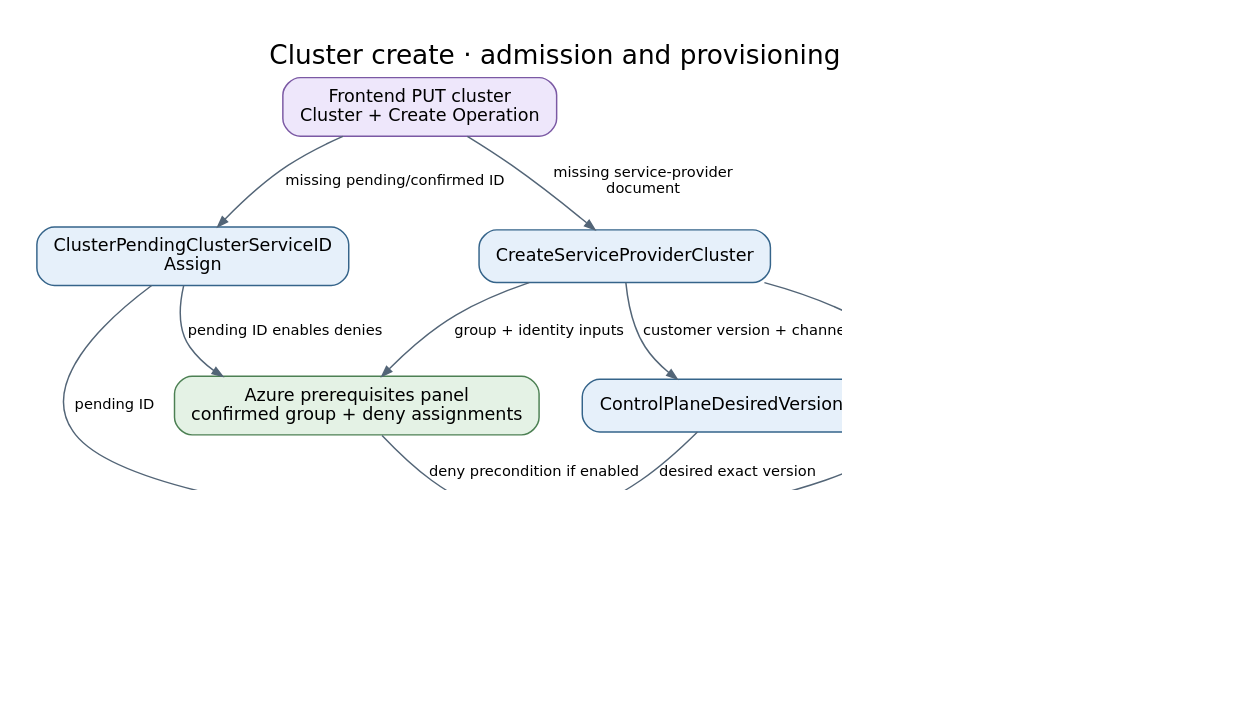
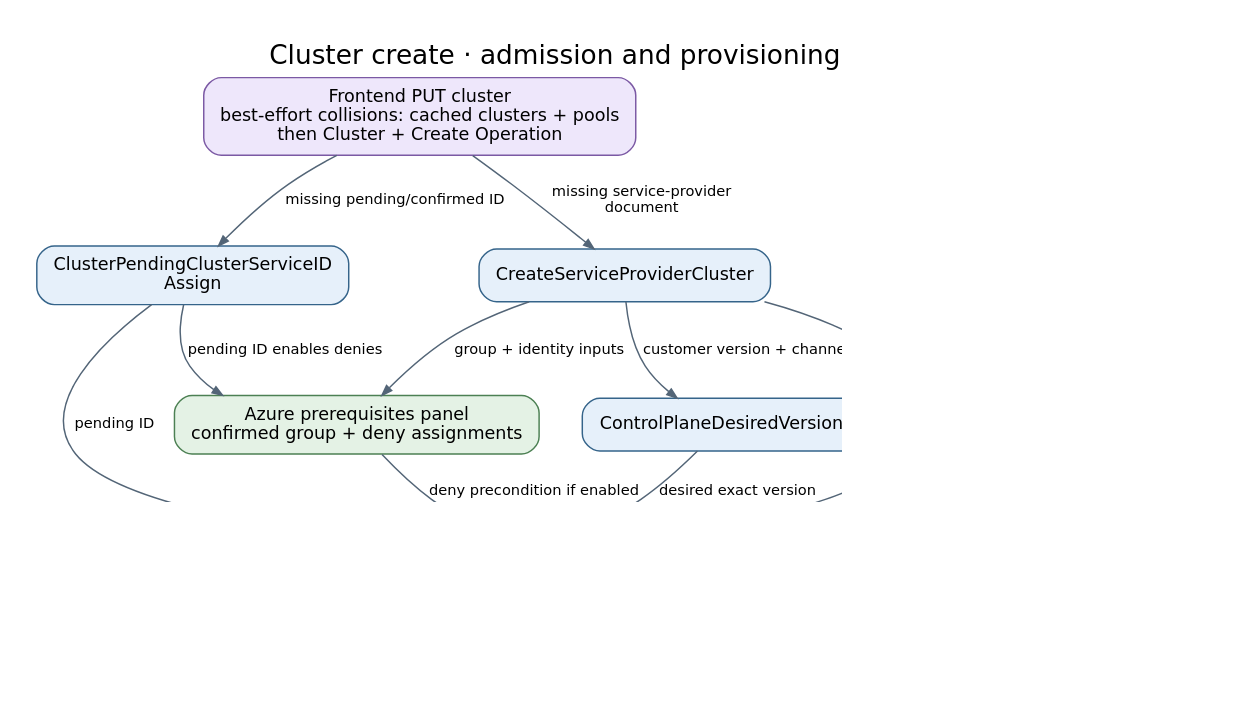
The diagram in docs/diagrams/controller-flows/cluster-create.dot (Azure/ARO-HCP), drawn with Graphviz before and after one commit. The commit also changed 41 other files, not shown here.

Commit message:
perf(frontend): cache cluster and node pool admission inventories

```diff
--- a/docs/diagrams/controller-flows/cluster-create.dot
+++ b/docs/diagrams/controller-flows/cluster-create.dot
@@ -1,28 +1,28 @@
 digraph cluster_create {
   graph [rankdir=TB, bgcolor="white", pad="0.3", nodesep="0.4", ranksep="0.55", fontname="DejaVu Sans", fontsize=18, labelloc=t, label="Cluster create · admission and provisioning prerequisites", dpi=110];
   node [shape=box, style="rounded,filled", fillcolor="#e6f0fa", color="#35648a", fontname="DejaVu Sans", fontsize=12, margin="0.16,0.10"];
   edge [color="#536577", fontname="DejaVu Sans", fontsize=10, arrowsize=0.7];
-  put [label="Frontend PUT cluster\nCluster + Create Operation", fillcolor="#eee7fb", color="#7b59a4"];
+  put [label="Frontend PUT cluster\nbest-effort collisions: cached clusters + pools\nthen Cluster + Create Operation", fillcolor="#eee7fb", color="#7b59a4"];
   sp [label="CreateServiceProviderCluster", fillcolor="#e6f0fa", color="#35648a"];
   id [label="ClusterPendingClusterServiceID\nAssign", fillcolor="#e6f0fa", color="#35648a"];
   ver [label="ControlPlaneDesiredVersion", fillcolor="#e6f0fa", color="#35648a"];
   place [label="Placement", fillcolor="#e6f0fa", color="#35648a"];
   fleet [label="Fleet readiness + capacity\nSee placement panel", fillcolor="#e4f2e5", color="#4c8053"];
   azure [label="Azure prerequisites panel\nconfirmed group + deny assignments", fillcolor="#e4f2e5", color="#4c8053"];
   create [label="ClusterClusterServiceCreate", fillcolor="#e6f0fa", color="#35648a"];
   cs [label="Cluster Service cluster exists\nClusterServiceID confirmed\nContinue in convergence panel", fillcolor="#e4f2e5", color="#4c8053"];
   put -> sp [label="missing service-provider\ndocument"];
   put -> id [label="missing pending/confirmed ID"];
   sp -> ver [label="customer version + channel"];
   sp -> place [label="placement unresolved"];
   fleet -> place [label="Ready + schedulable +\ncurrent capacity"];
   place -> place [label="no fit: record condition;\nretry after 29s", style=dashed, color="#857456", constraint=false];
   sp -> azure [label="group + identity inputs"];
   id -> azure [label="pending ID enables denies"];
   id -> create [label="pending ID"];
   ver -> create [label="desired exact version"];
   place -> create [label="Spec.ManagementClusterResourceID"];
   azure -> create [label="deny precondition if enabled"];
   create -> cs [label="adopt or POST; persist ID"];
   create -> create [label="missing prerequisite: wait", style=dashed, color="#857456", constraint=false];
 }
```
